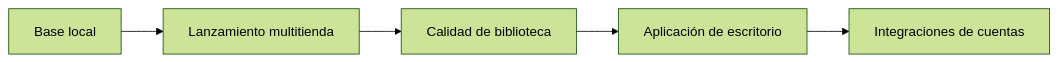
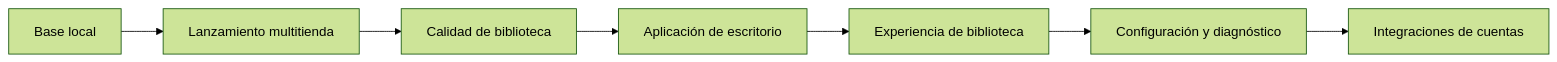
One commit to jmiguez78/games-meta-launcher changed the diagram in docs/plan-de-trabajo.md. Above: the diagram before and after it, drawn with Mermaid (forest theme). The commit also changed other lines of this file and 1 other file, not shown here.

````diff
--- a/docs/plan-de-trabajo.md
+++ b/docs/plan-de-trabajo.md
@@ -5,7 +5,9 @@
 ```mermaid
 flowchart LR
   A[Base local] --> B[Lanzamiento multitienda]
   B --> C[Calidad de biblioteca]
   C --> D[Aplicación de escritorio]
-  D --> E[Integraciones de cuentas]
+  D --> E[Experiencia de biblioteca]
+  E --> F[Configuración y diagnóstico]
+  F --> G[Integraciones de cuentas]
 ```
````
